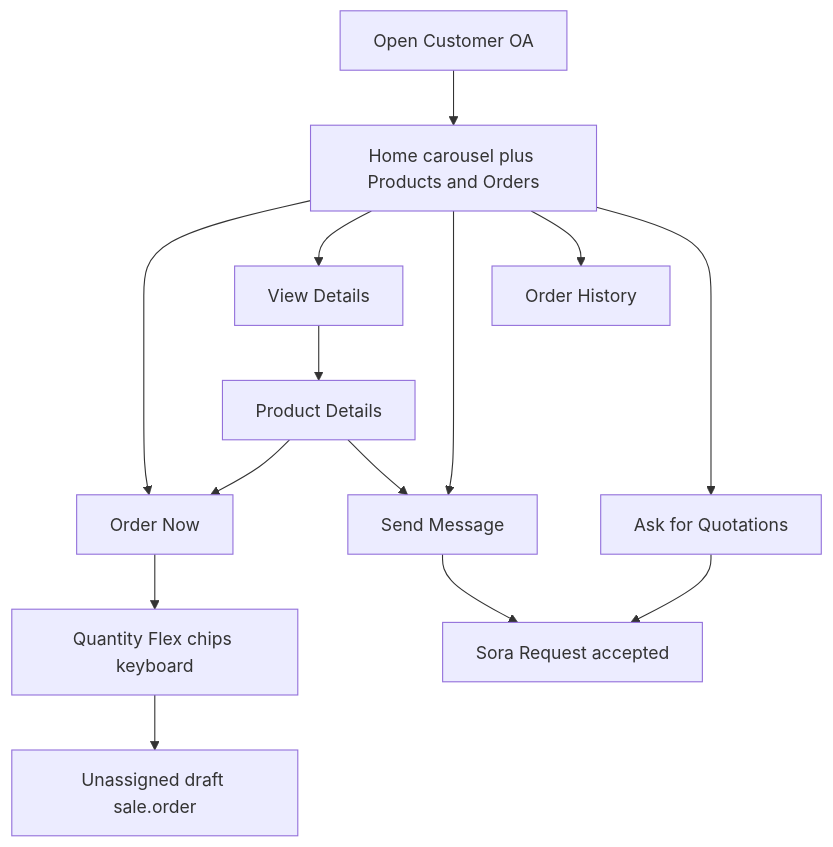
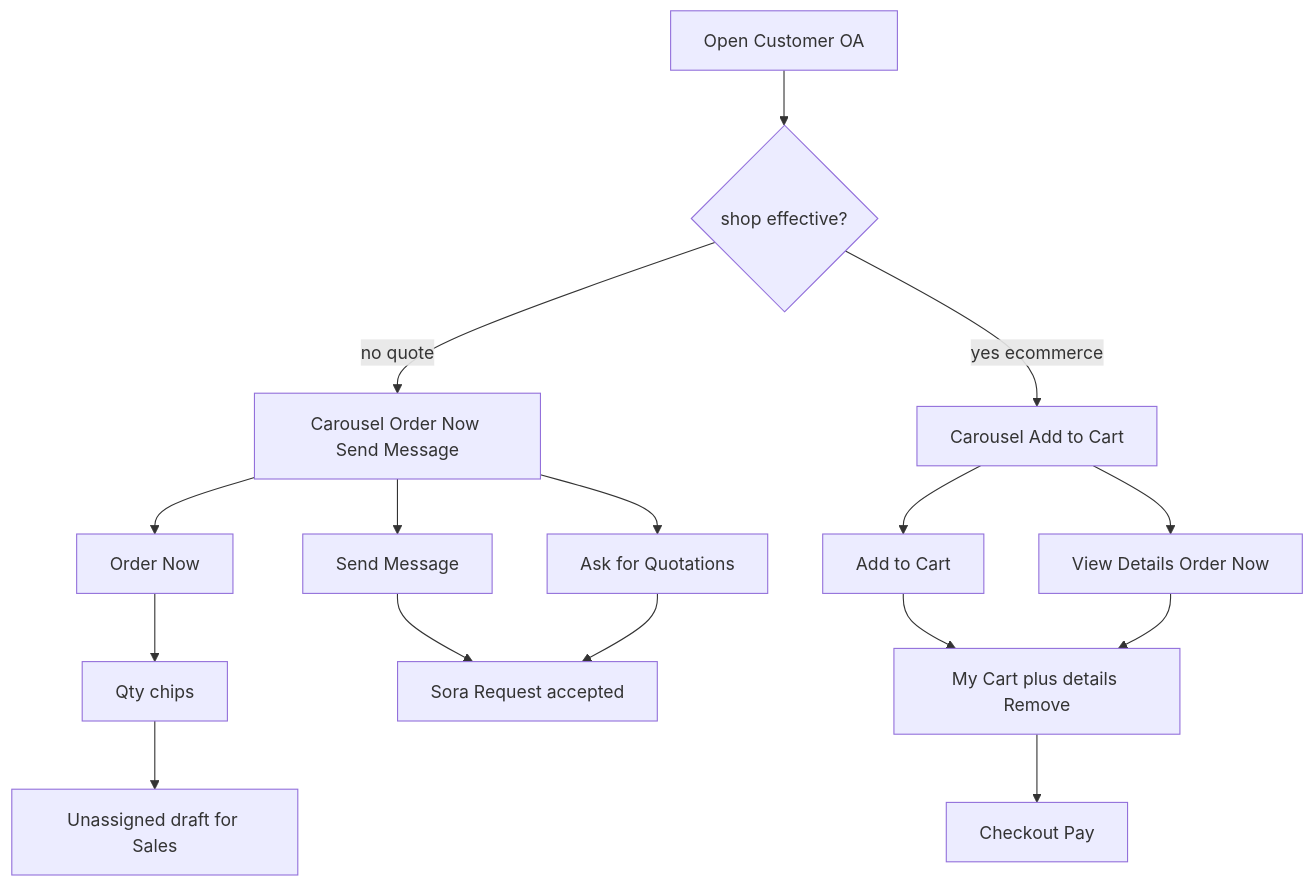
The first of 2 diagrams in documents/LINE_OA_AGENT.md (razenjazzy/cloudnex-connect), drawn with Mermaid before and after one commit. The commit also changed other lines of this file and 53 other files, not shown here.

````diff
--- a/documents/LINE_OA_AGENT.md
+++ b/documents/LINE_OA_AGENT.md
@@ -54,16 +54,19 @@
 ```mermaid
 flowchart TD
-  openC[Open Customer OA] --> homeC[Home carousel plus Products and Orders]
-  homeC --> orderNow[Order Now]
-  homeC --> viewDetails[View Details]
-  homeC --> sendMsg[Send Message]
-  homeC --> history[Order History]
-  homeC --> ask[Ask for Quotations]
-  orderNow --> qty[Quantity Flex chips keyboard]
-  qty --> draft[Unassigned draft sale.order]
-  viewDetails --> details[Product Details]
-  details --> orderNow
-  details --> sendMsg
+  openC[Open Customer OA]
+  openC --> mode{shop effective?}
+  mode -->|no quote| homeQ[Carousel Order Now Send Message]
+  homeQ --> orderNow[Order Now]
+  homeQ --> sendMsg[Send Message]
+  homeQ --> ask[Ask for Quotations]
+  orderNow --> qtyQ[Qty chips]
+  qtyQ --> draft[Unassigned draft for Sales]
   sendMsg --> accepted[Sora Request accepted]
   ask --> accepted
+  mode -->|yes ecommerce| homeS[Carousel Add to Cart]
+  homeS --> addCart[Add to Cart]
+  homeS --> details[View Details Order Now]
+  addCart --> myCart[My Cart plus details Remove]
+  details --> myCart
+  myCart --> checkout[Checkout Pay]
 ```
````
